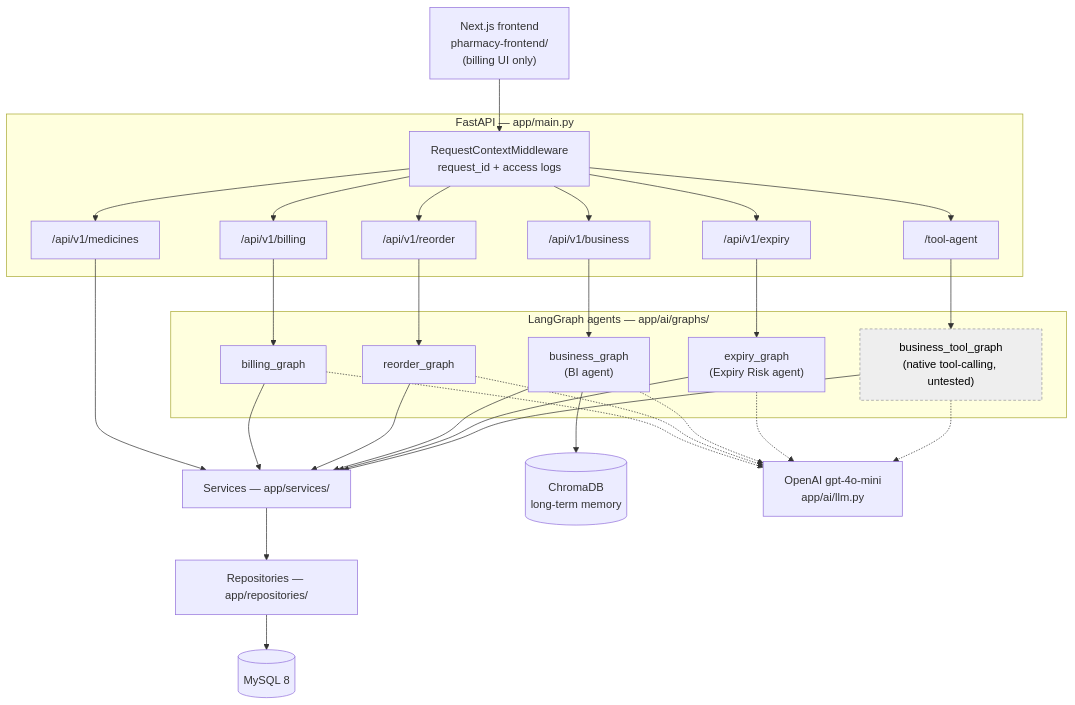
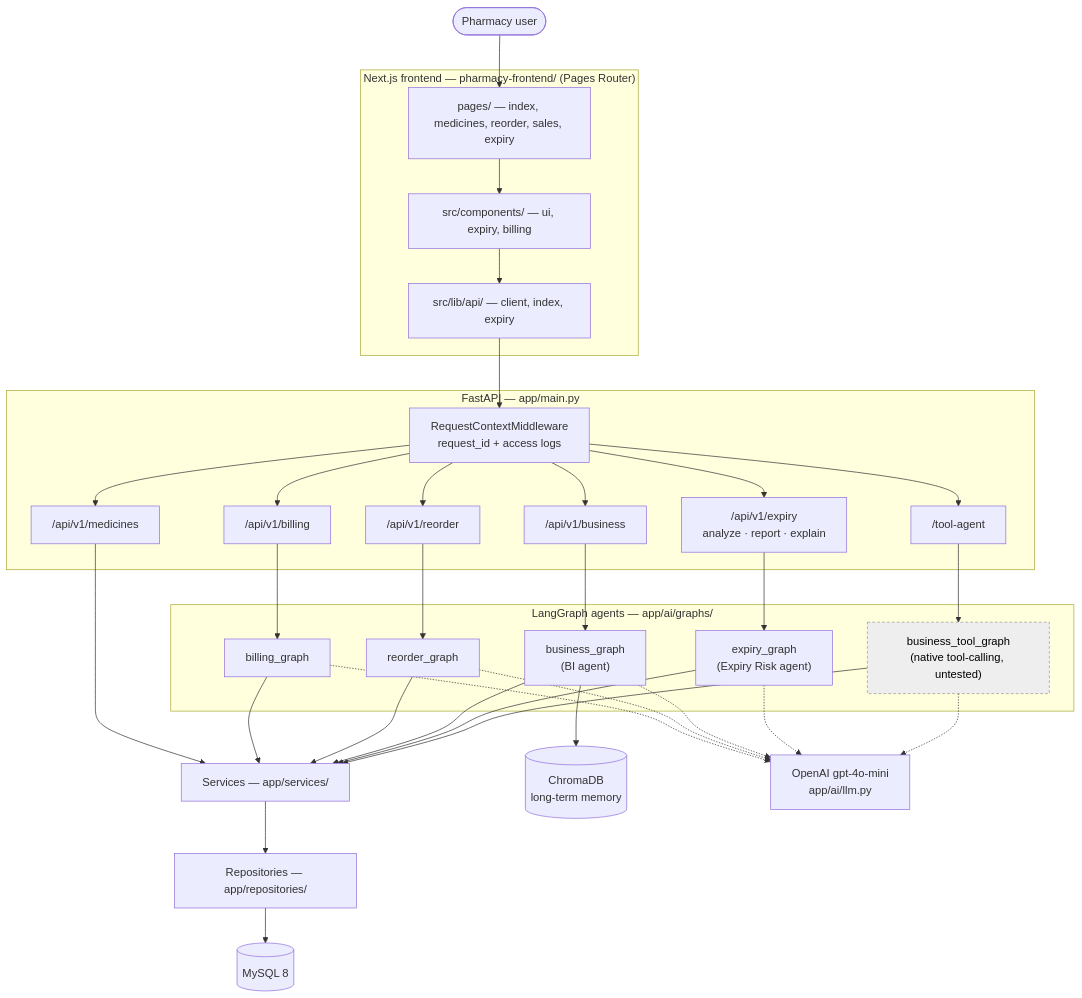
The first of 2 diagrams in docs/architecture.md (anurag-main/AI-Powered-Connected-Pharmacy-Ecosystem), drawn with Mermaid before and after one commit. The commit also changed other lines of this file and 3 other files, not shown here.

````diff
--- a/docs/architecture.md
+++ b/docs/architecture.md
@@ -15,61 +16,70 @@
 ```mermaid
 flowchart TB
-    FE["Next.js frontend<br/>pharmacy-frontend/<br/>(billing UI only)"]
+    USER([Pharmacy user])
+
+    subgraph FE["Next.js frontend — pharmacy-frontend/ (Pages Router)"]
+        PG["pages/ — index, medicines, reorder, sales, expiry"]
+        CMP["src/components/ — ui, expiry, billing"]
+        APIC["src/lib/api/ — client, index, expiry"]
+    end
 
     subgraph API["FastAPI — app/main.py"]
         MW["RequestContextMiddleware<br/>request_id + access logs"]
         R1["/api/v1/medicines"]
         R2["/api/v1/billing"]
         R3["/api/v1/reorder"]
         R4["/api/v1/business"]
-        R5["/api/v1/expiry"]
+        R5["/api/v1/expiry<br/>analyze · report · explain"]
         R6["/tool-agent"]
     end
 
     subgraph AI["LangGraph agents — app/ai/graphs/"]
         G1["billing_graph"]
         G2["reorder_graph"]
         G3["business_graph<br/>(BI agent)"]
         G4["expiry_graph<br/>(Expiry Risk agent)"]
         G5["business_tool_graph<br/>(native tool-calling, untested)"]
     end
 
     SVC["Services — app/services/"]
     REPO["Repositories — app/repositories/"]
     DB[("MySQL 8")]
     CHROMA[("ChromaDB<br/>long-term memory")]
     LLM["OpenAI gpt-4o-mini<br/>app/ai/llm.py"]
 
-    FE --> MW
+    USER --> PG
+    PG --> CMP
+    CMP --> APIC
+    APIC --> MW
     MW --> R1
     MW --> R2
     MW --> R3
     MW --> R4
     MW --> R5
     MW --> R6
 
     R1 --> SVC
     R2 --> G1
     R3 --> G2
     R4 --> G3
     R5 --> G4
     R6 --> G5
 
     G1 --> SVC
     G2 --> SVC
     G3 --> SVC
     G4 --> SVC
     G5 --> SVC
     SVC --> REPO
     REPO --> DB
     G3 --> CHROMA
 
     G1 -.-> LLM
     G2 -.-> LLM
     G3 -.-> LLM
     G4 -.-> LLM
     G5 -.-> LLM
 
     classDef gap fill:#eeeeee,stroke:#999,stroke-dasharray:4 3,color:#000
     class G5 gap
 ```
````
